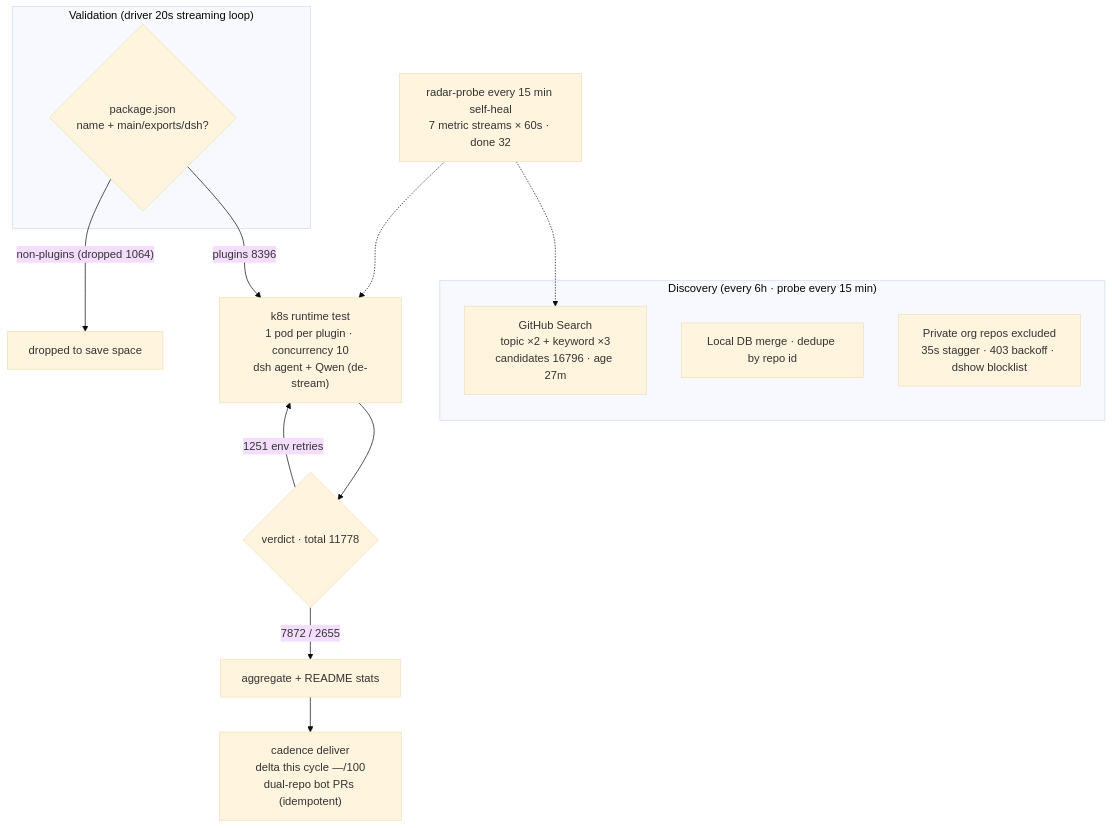
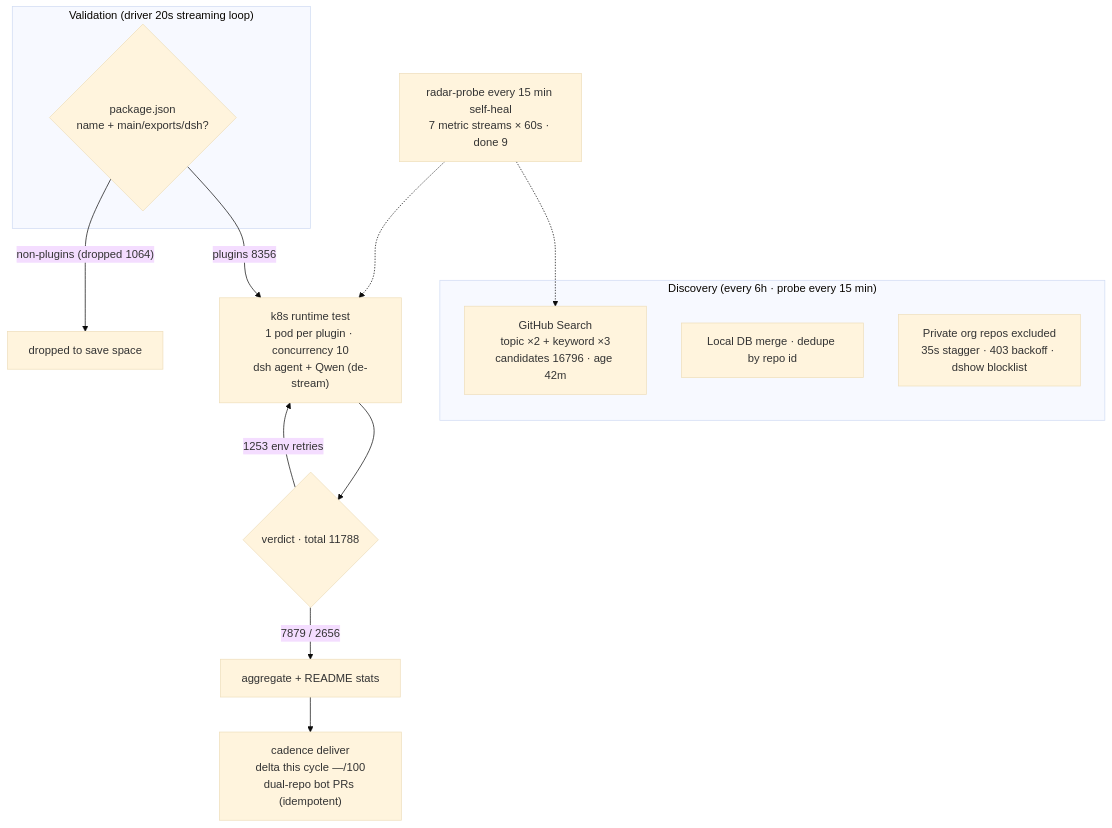
One commit to AdamPlatin123/awesome-dsh-plugins changed the diagram in README.en-US.md. Above: the diagram before and after it, drawn with Mermaid (base theme). The commit also changed other lines of this file and 5 other files, not shown here.

````diff
--- a/README.en-US.md
+++ b/README.en-US.md
@@ -45,20 +45,20 @@
 ```mermaid
 flowchart TB
     subgraph Discovery["Discovery (every 6h · probe every 15 min)"]
-        A1["GitHub Search<br/>topic ×2 + keyword ×3<br/>candidates 16796 · age 27m"]
+        A1["GitHub Search<br/>topic ×2 + keyword ×3<br/>candidates 16796 · age 42m"]
         A2["Local DB merge · dedupe by repo id"]
         A3["Private org repos excluded<br/>35s stagger · 403 backoff · dshow blocklist"]
     end
     subgraph Validation["Validation (driver 20s streaming loop)"]
         B1{"package.json<br/>name + main/exports/dsh?"}
     end
-    B1 -->|"plugins 8396"| C1["k8s runtime test<br/>1 pod per plugin · concurrency 10<br/>dsh agent + Qwen (de-stream)"]
+    B1 -->|"plugins 8356"| C1["k8s runtime test<br/>1 pod per plugin · concurrency 10<br/>dsh agent + Qwen (de-stream)"]
     B1 -->|"non-plugins (dropped 1064)"| B3["dropped to save space"]
-    C1 --> D1{"verdict · total 11778"}
-    D1 -->|"7872 / 2655"| E1["aggregate + README stats"]
-    D1 -->|"1251 env retries"| C1
+    C1 --> D1{"verdict · total 11788"}
+    D1 -->|"7879 / 2656"| E1["aggregate + README stats"]
+    D1 -->|"1253 env retries"| C1
     E1 --> E2["cadence deliver<br/>delta this cycle —/100<br/>dual-repo bot PRs (idempotent)"]
-    M["radar-probe every 15 min self-heal<br/>7 metric streams × 60s · done 32"]
+    M["radar-probe every 15 min self-heal<br/>7 metric streams × 60s · done 9"]
     M -.-> A1
     M -.-> C1
 ```
````
